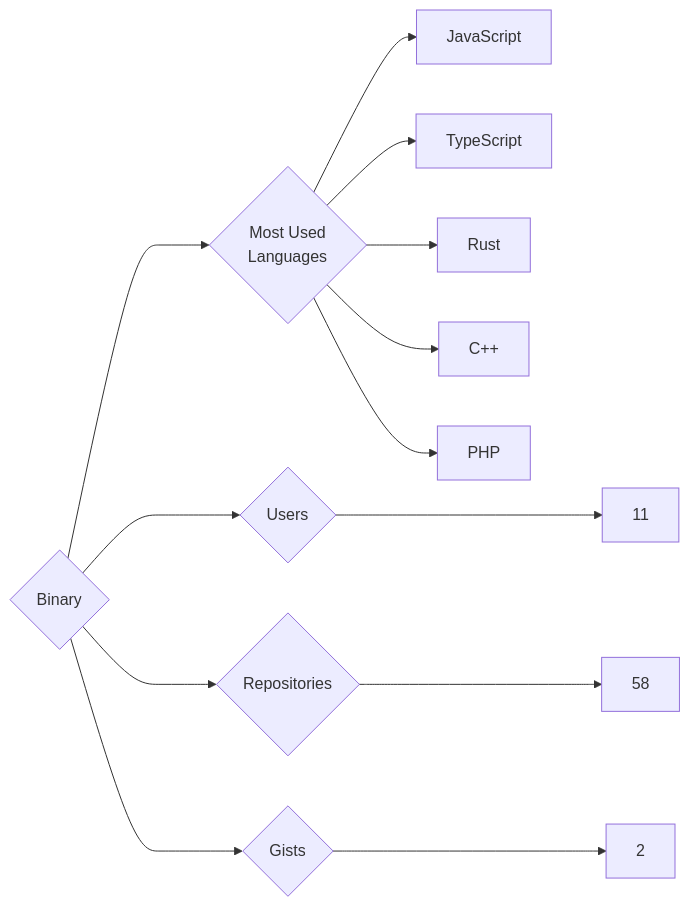
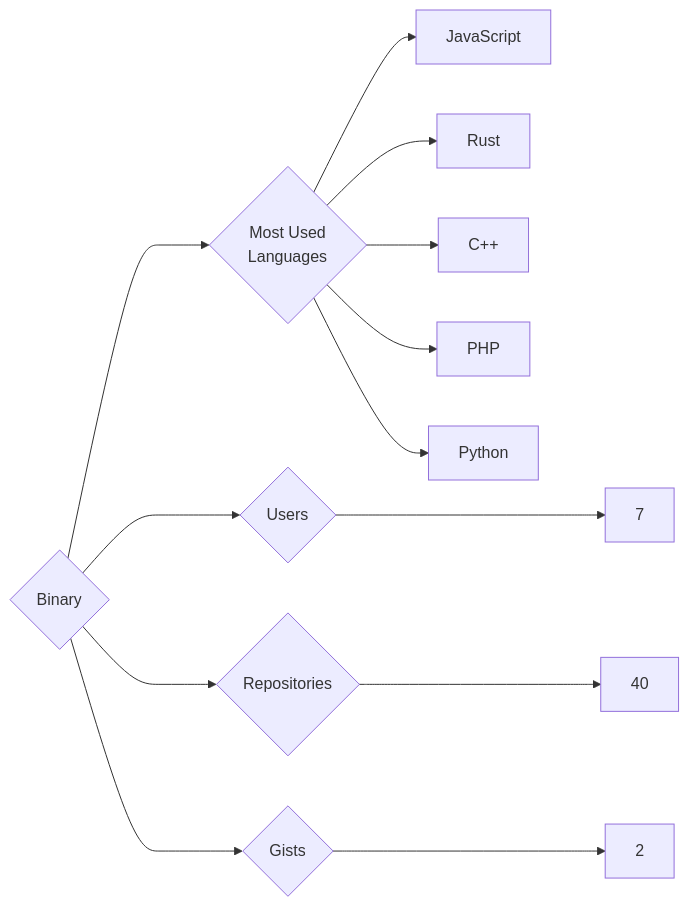
One commit to trickest/insiders changed the diagram in targets/Binary/README.md. Above: the diagram before and after it, drawn with Mermaid. The commit also changed 965 other files, not shown here.

````diff
--- a/targets/Binary/README.md
+++ b/targets/Binary/README.md
@@ -3,13 +3,13 @@
 ```mermaid
 graph LR
 COMPANY_NAME{Binary}
-COMPANY_NAME ---> U{Users} ---> UN[11]
-COMPANY_NAME ---> R{Repositories} ---> RN[58]
+COMPANY_NAME ---> U{Users} ---> UN[7]
+COMPANY_NAME ---> R{Repositories} ---> RN[40]
 COMPANY_NAME ---> G{Gists} ---> GN[2]
 COMPANY_NAME ---> ML{Most Used<br>Languages}
 ML --> JavaScript[JavaScript]
-ML --> TypeScript[TypeScript]
 ML --> Rust[Rust]
 ML --> C++[C++]
 ML --> PHP[PHP]
+ML --> Python[Python]
 ```
````
